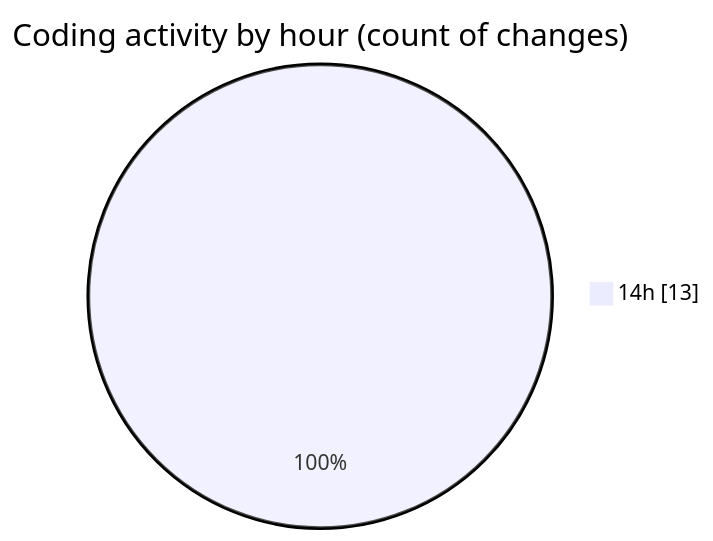
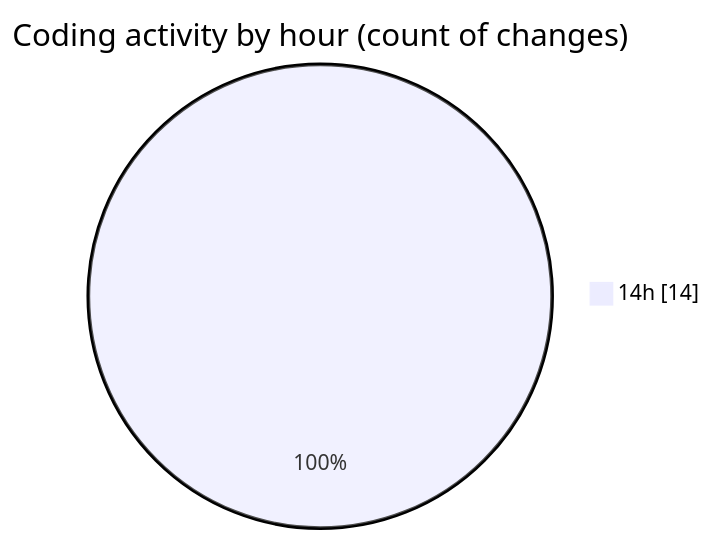
Before and after one commit to robertbonfada/code-tracking: the second of 2 diagrams in 2025-02-27/audiobooks-web/README.md, drawn with Mermaid. The commit also changed other lines of this file and 1 other file, not shown here.

````diff
--- a/2025-02-27/audiobooks-web/README.md
+++ b/2025-02-27/audiobooks-web/README.md
@@ -30,5 +30,5 @@
 ```mermaid
 pie showData
 title Coding activity by hour (count of changes)
-"14h" : 13
+"14h" : 14
 ```
````
